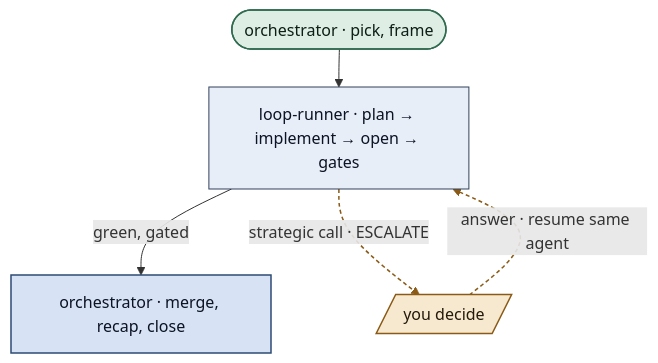
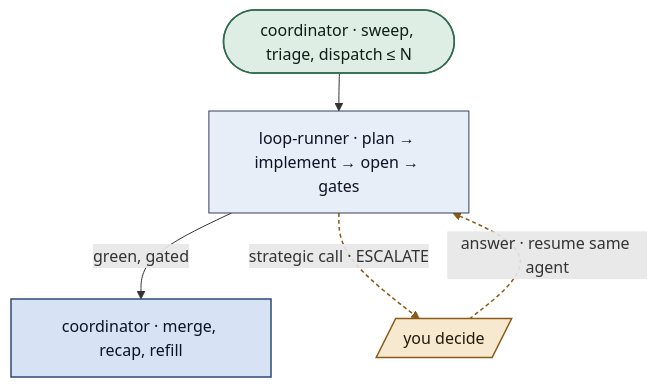
Before and after one commit to innovestrum/keelson: the fifth of 7 diagrams in README.md, drawn with Mermaid. The commit also changed other lines of this file and 15 other files, not shown here.

````diff
--- a/README.md
+++ b/README.md
@@ -175,17 +175,17 @@
 ```mermaid
 %%{init: {"flowchart": {"diagramPadding": 22, "nodeSpacing": 40, "rankSpacing": 38}}}%%
 flowchart TD
-  M([orchestrator · pick, frame]) --> L[loop-runner · plan → implement → open → gates]
-  L -- green, gated --> C[orchestrator · merge, recap, close]
+  M([coordinator · sweep, triage, dispatch ≤ N]) --> L[loop-runner · plan → implement → open → gates]
+  L -- green, gated --> C[coordinator · merge, recap, refill]
   L -. strategic call · ESCALATE .-> H[/you decide/]
   H -. answer · resume same agent .-> L
   classDef step fill:#e8eef7,stroke:#33415c,color:#0b1324,stroke-width:1px;
   classDef enter fill:#dfeee4,stroke:#2f6b4f,color:#0b1f16,stroke-width:1.5px;
   classDef done fill:#d7e3f4,stroke:#2c4a73,color:#0b1324,stroke-width:1.5px;
   classDef human fill:#f7e9d0,stroke:#8a5a16,color:#241a0b,stroke-width:1.5px;
   class L step;
   class M enter;
   class C done;
   class H human;
   linkStyle 2,3 stroke:#8a5a16,stroke-width:1.5px,stroke-dasharray:4 3;
 ```
````
